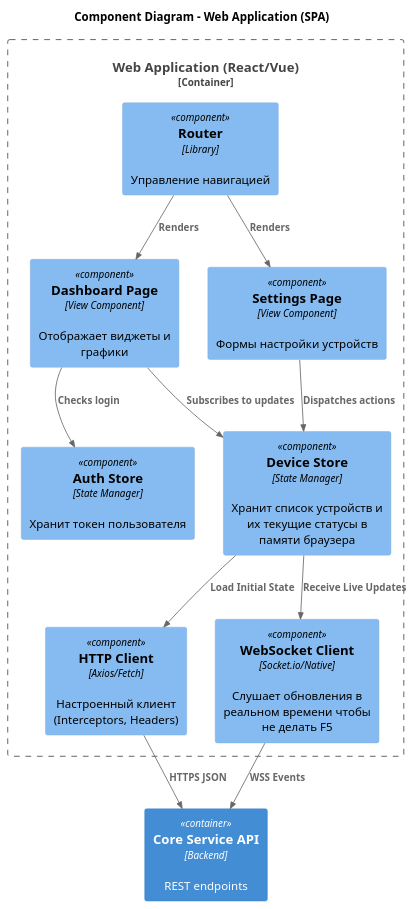
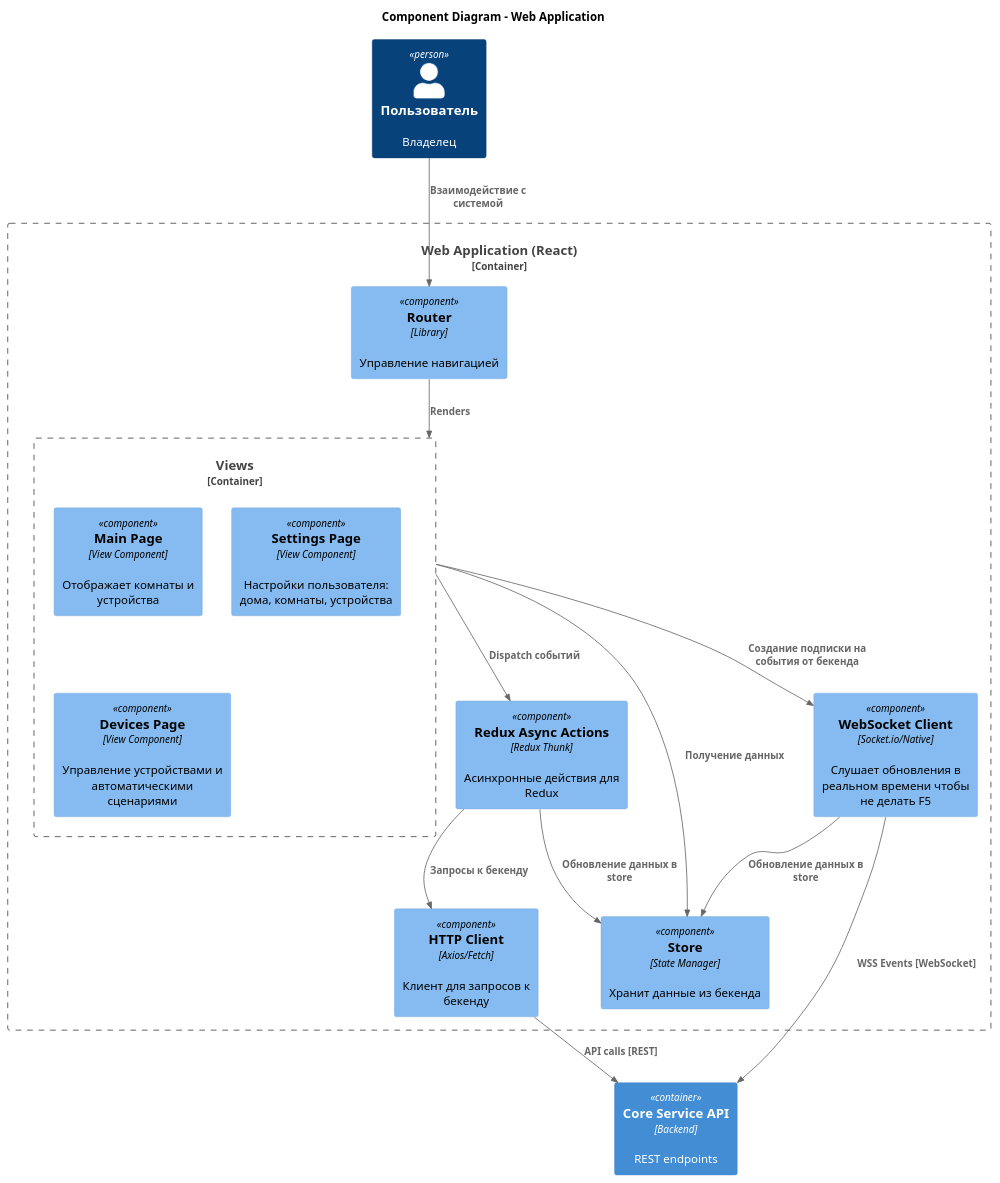
Before and after one commit to kalancha/architecture-course: the diagram in architecture-warmhouse/apps/diagrams/WebComponent.puml, drawn with PlantUML. The commit also changed 13 other files, not shown here.

Commit message:
C4 Plant UML Container

```diff
--- a/architecture-warmhouse/apps/diagrams/WebComponent.puml
+++ b/architecture-warmhouse/apps/diagrams/WebComponent.puml
@@ -1,41 +1,42 @@
 @startuml
 !include https://raw.githubusercontent.com/plantuml-stdlib/C4-PlantUML/master/C4_Component.puml
 
-title Component Diagram - Web Application (SPA)
+title Component Diagram - Web Application
 
+Person(user, "Пользователь", "Владелец")
 Container(core_api, "Core Service API", "Backend", "REST endpoints")
 
-Container_Boundary(web, "Web Application (React/Vue)") {
+Container_Boundary(web, "Web Application (React)") {
 
-    ' Routing & Views
     Component(router, "Router", "Library", "Управление навигацией")
-    Component(view_dashboard, "Dashboard Page", "View Component", "Отображает виджеты и графики")
-    Component(view_settings, "Settings Page", "View Component", "Формы настройки устройств")
 
-    ' State Management (Redux/Pinia/MobX)
-    Component(store_devices, "Device Store", "State Manager", "Хранит список устройств и их текущие статусы в памяти браузера")
-    Component(store_auth, "Auth Store", "State Manager", "Хранит токен пользователя")
+    Container_Boundary(views, "Views") {
+        Component(view_dashboard, "Main Page", "View Component", "Отображает комнаты и устройства")
+        Component(view_settings, "Settings Page", "View Component", "Настройки пользователя: дома, комнаты, устройства")
+        Component(view_devices, "Devices Page", "View Component", "Управление устройствами и автоматическими сценариями")
+    }
 
-    ' API Clients
-    Component(api_client, "HTTP Client", "Axios/Fetch", "Настроенный клиент (Interceptors, Headers)")
+    Component(redux_actions, "Redux Async Actions", "Redux Thunk", "Асинхронные действия для Redux")
+    Component(store, "Store", "State Manager", "Хранит данные из бекенда")
+
+    Component(api_client, "HTTP Client", "Axios/Fetch", "Клиент для запросов к бекенду")
     Component(ws_client, "WebSocket Client", "Socket.io/Native", "Слушает обновления в реальном времени чтобы не делать F5")
 
 }
 
-' User Flow
-Rel(router, view_dashboard, "Renders")
-Rel(router, view_settings, "Renders")
+Rel(user, router, "Взаимодействие с системой")
 
-' State connections
-Rel(view_dashboard, store_devices, "Subscribes to updates")
-Rel(view_settings, store_devices, "Dispatches actions")
-Rel(view_dashboard, store_auth, "Checks login")
+Rel(router, views, "Renders")
+Rel(views, store, "Получение данных")
 
-' Network
-Rel(store_devices, api_client, "Load Initial State")
-Rel(store_devices, ws_client, "Receive Live Updates")
+Rel(views, ws_client, "Создание подписки на события от бекенда")
+Rel(views, redux_actions, "Dispatch событий")
 
-Rel(api_client, core_api, "HTTPS JSON")
-Rel(ws_client, core_api, "WSS Events")
+Rel(redux_actions, api_client, "Запросы к бекенду")
+Rel(redux_actions, store, "Обновление данных в store")
+Rel(ws_client, store, "Обновление данных в store")
+
+Rel(api_client, core_api, "API calls [REST]")
+Rel(ws_client, core_api, "WSS Events [WebSocket]")
 
 @enduml
```
